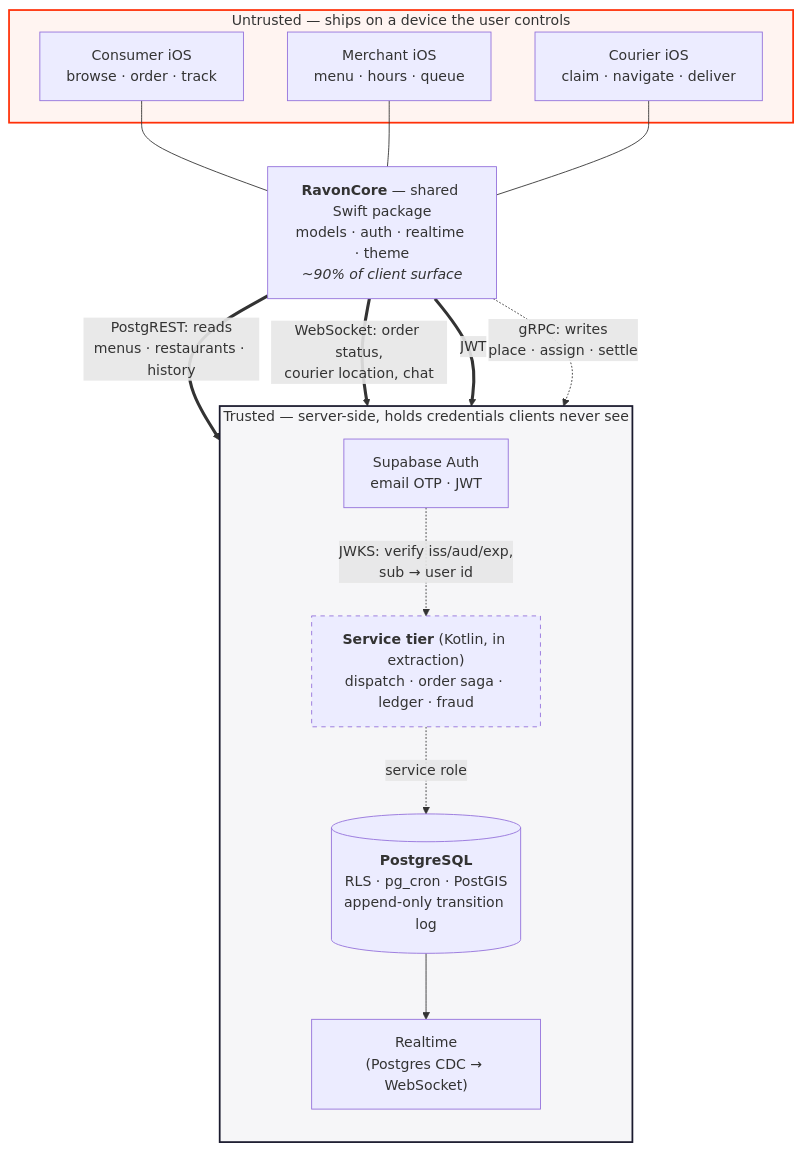
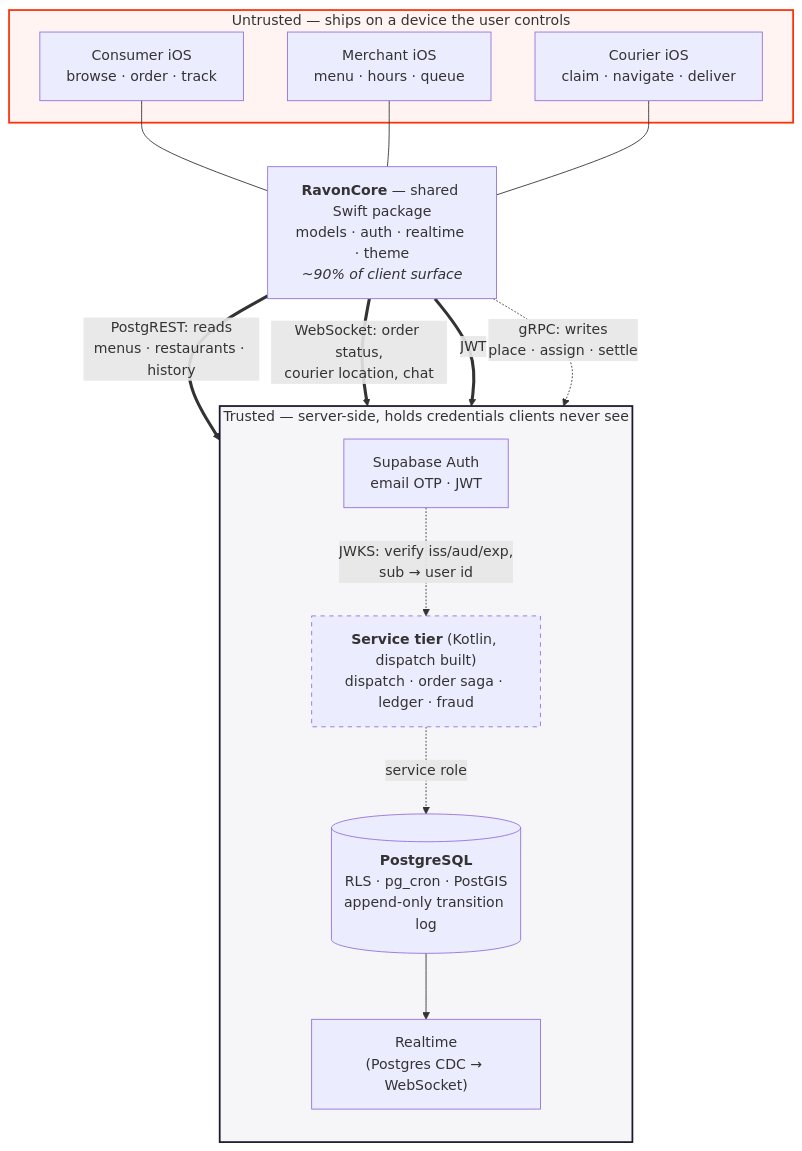
One commit to mmarufov/ravon-core changed the diagram in docs/architecture.md. Above: the diagram before and after it, drawn with Mermaid. The commit also changed other lines of this file and 36 other files, not shown here.

````diff
--- a/docs/architecture.md
+++ b/docs/architecture.md
@@ -10,36 +12,36 @@
 ```mermaid
 flowchart TB
     subgraph clients["Untrusted — ships on a device the user controls"]
         C["Consumer iOS<br/>browse · order · track"]
         M["Merchant iOS<br/>menu · hours · queue"]
         K["Courier iOS<br/>claim · navigate · deliver"]
     end
 
     CORE["<b>RavonCore</b> — shared Swift package<br/>models · auth · realtime · theme<br/><i>~90% of client surface</i>"]
 
     C --- CORE
     M --- CORE
     K --- CORE
 
     subgraph trusted["Trusted — server-side, holds credentials clients never see"]
         direction TB
-        SVC["<b>Service tier</b> (Kotlin, in extraction)<br/>dispatch · order saga · ledger · fraud"]
+        SVC["<b>Service tier</b> (Kotlin, dispatch built)<br/>dispatch · order saga · ledger · fraud"]
         PG[("<b>PostgreSQL</b><br/>RLS · pg_cron · PostGIS<br/>append-only transition log")]
         RT["Realtime<br/>(Postgres CDC → WebSocket)"]
         AUTH["Supabase Auth<br/>email OTP · JWT"]
 
         SVC -.->|"service role"| PG
         PG --> RT
     end
 
     CORE ==>|"PostgREST: reads<br/>menus · restaurants · history"| PG
     CORE ==>|"WebSocket: order status,<br/>courier location, chat"| RT
     CORE ==>|"JWT"| AUTH
     CORE -.->|"gRPC: writes<br/>place · assign · settle"| SVC
 
     AUTH -.->|"JWKS: verify iss/aud/exp,<br/>sub → user id"| SVC
 
     style trusted fill:#f6f6f8,stroke:#1A1A2E,stroke-width:2px
     style clients fill:#fff4f1,stroke:#FF3008,stroke-width:2px
     style SVC stroke-dasharray: 5 5
 ```
````
